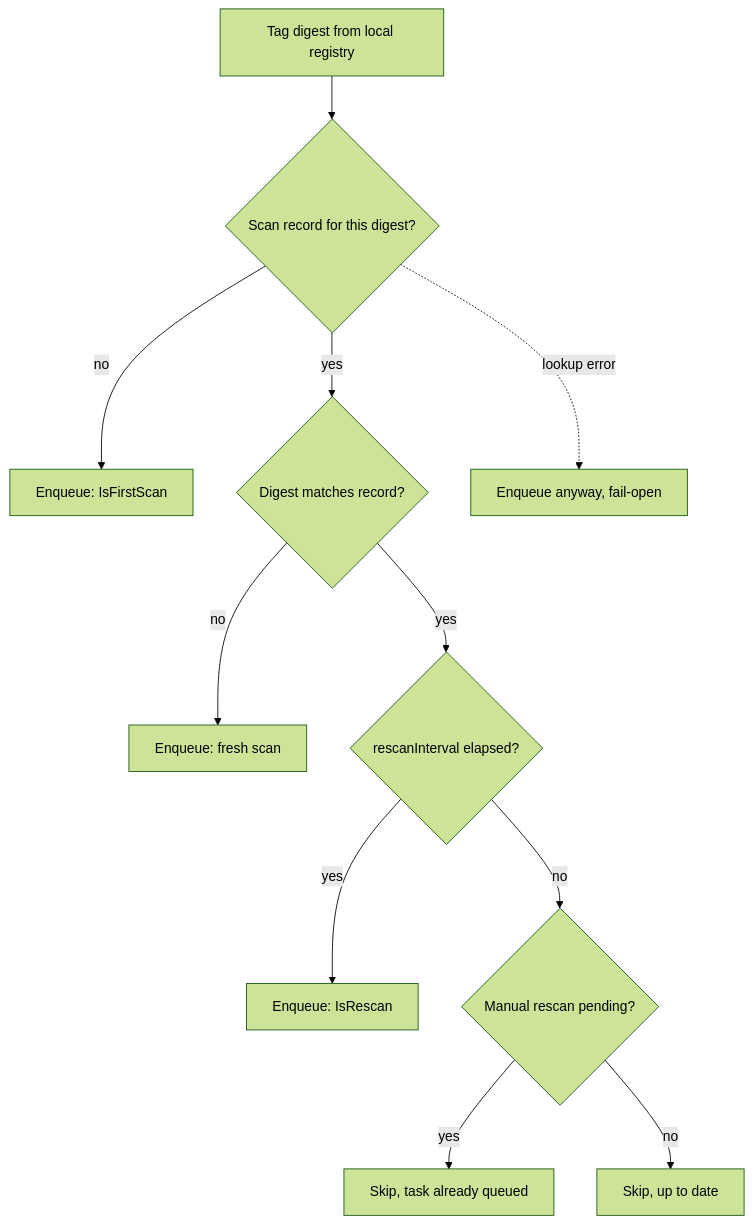
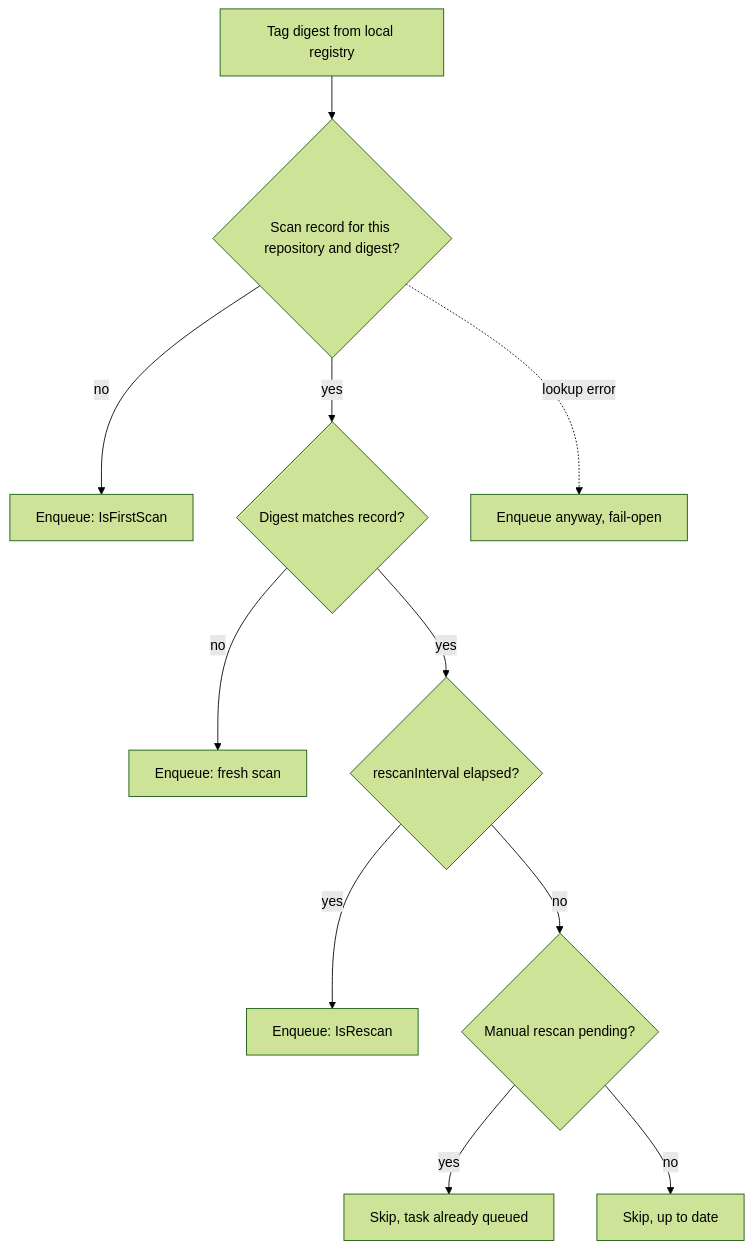
One commit to daimoniac/suppline changed the second of 2 diagrams in docs/STATE_MACHINE.md. Above: the diagram before and after it, drawn with Mermaid (forest theme). The commit also changed other lines of this file and 12 other files, not shown here.

First line of the commit message:
fix(watcher): attest the same digest in each repository

````diff
--- a/docs/STATE_MACHINE.md
+++ b/docs/STATE_MACHINE.md
@@ -65,13 +65,13 @@
 ```mermaid
 flowchart TD
-    A[Tag digest from local registry] --> B{Scan record for this digest?}
+    A[Tag digest from local registry] --> B{Scan record for this repository and digest?}
     B -- no --> E[Enqueue: IsFirstScan]
     B -- yes --> C{Digest matches record?}
     C -- no --> F[Enqueue: fresh scan]
     C -- yes --> D{rescanInterval elapsed?}
     D -- yes --> G[Enqueue: IsRescan]
     D -- no --> H{Manual rescan pending?}
     H -- yes --> I[Skip, task already queued]
     H -- no --> J[Skip, up to date]
     B -. lookup error .-> K[Enqueue anyway, fail-open]
 ```
````
